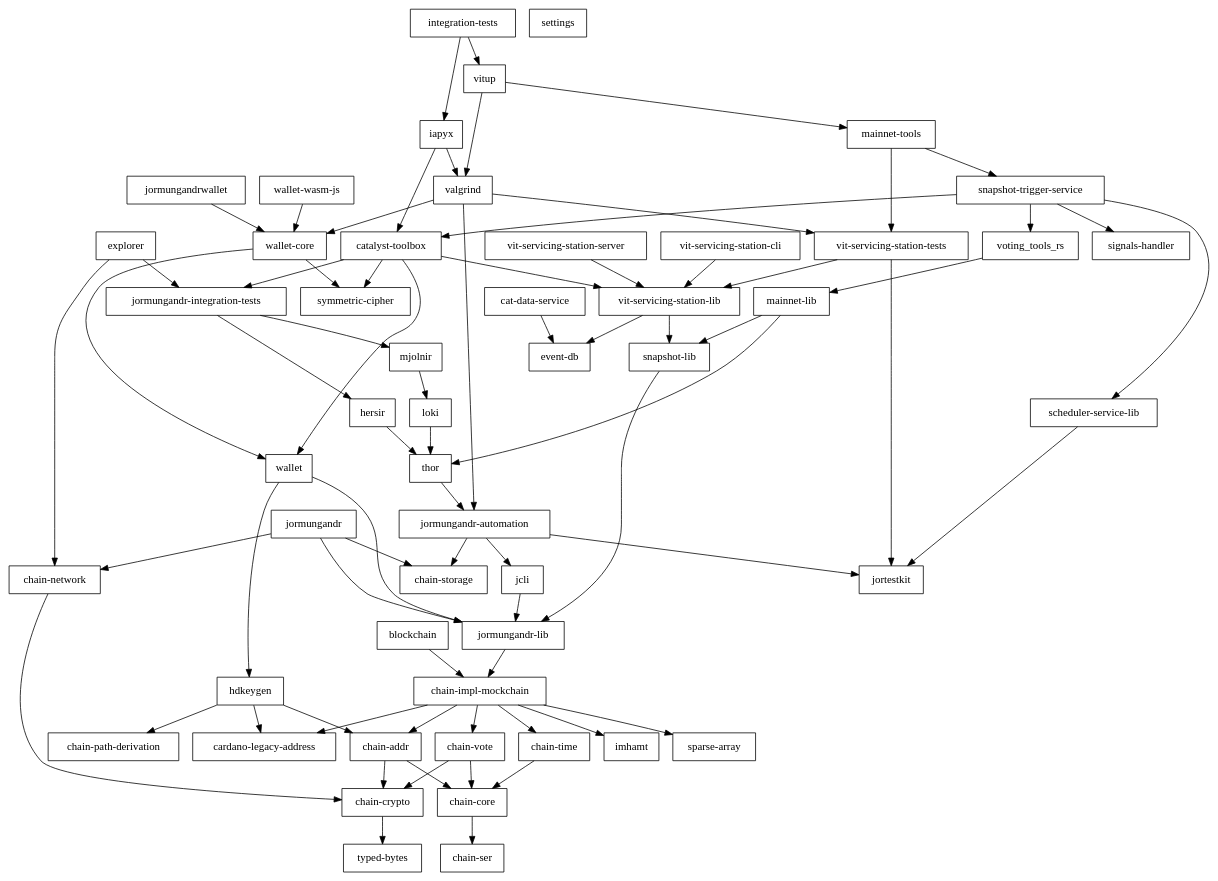
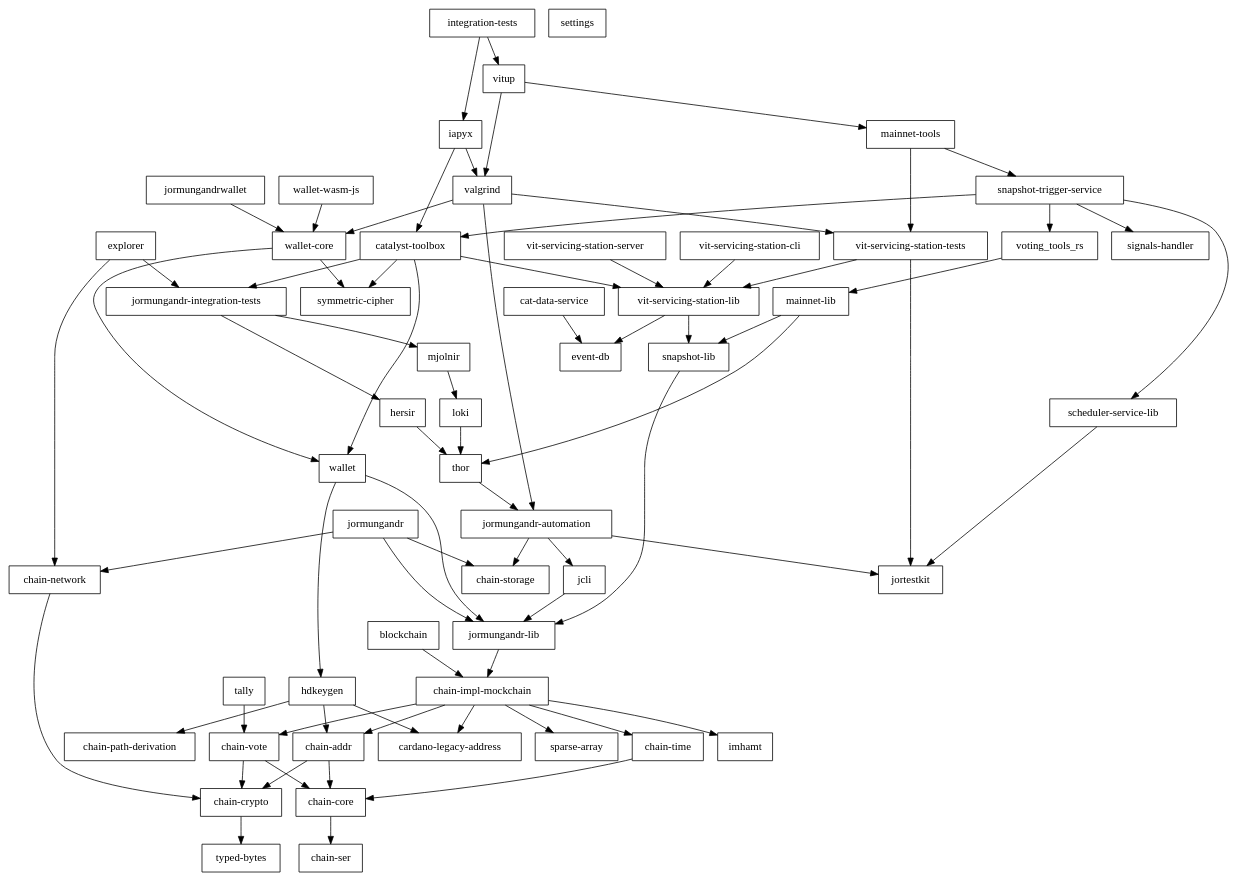
The diagram in main/06_rust_api/rust/doc/workspace.depgraph.dot (input-output-hk/catalyst-core), drawn with Graphviz before and after one commit. The commit also changed 1130 other files, not shown here.

```diff
--- a/main/06_rust_api/rust/doc/workspace.depgraph.dot
+++ b/main/06_rust_api/rust/doc/workspace.depgraph.dot
@@ -1,124 +1,126 @@
 digraph {
     0 [ label = "catalyst-toolbox" shape = box]
     1 [ label = "chain-addr" shape = box]
     2 [ label = "chain-core" shape = box]
     3 [ label = "chain-ser" shape = box]
     4 [ label = "chain-crypto" shape = box]
     5 [ label = "typed-bytes" shape = box]
     6 [ label = "chain-impl-mockchain" shape = box]
     7 [ label = "cardano-legacy-address" shape = box]
     8 [ label = "chain-time" shape = box]
     9 [ label = "chain-vote" shape = box]
     10 [ label = "imhamt" shape = box]
     11 [ label = "sparse-array" shape = box]
     12 [ label = "chain-storage" shape = box]
     13 [ label = "jcli" shape = box]
     14 [ label = "jormungandr-lib" shape = box]
     15 [ label = "jormungandr-automation" shape = box]
     16 [ label = "jortestkit" shape = box]
     17 [ label = "jormungandr-integration-tests" shape = box]
     18 [ label = "hersir" shape = box]
     19 [ label = "thor" shape = box]
     20 [ label = "loki" shape = box]
     21 [ label = "mjolnir" shape = box]
     22 [ label = "snapshot-lib" shape = box]
     23 [ label = "symmetric-cipher" shape = box]
     24 [ label = "vit-servicing-station-lib" shape = box]
     25 [ label = "event-db" shape = box]
     26 [ label = "vit-servicing-station-tests" shape = box]
     27 [ label = "wallet" shape = box]
     28 [ label = "chain-path-derivation" shape = box]
     29 [ label = "hdkeygen" shape = box]
     30 [ label = "chain-network" shape = box]
     31 [ label = "jormungandrwallet" shape = box]
     32 [ label = "wallet-core" shape = box]
     33 [ label = "wallet-wasm-js" shape = box]
     34 [ label = "jormungandr" shape = box]
     35 [ label = "explorer" shape = box]
     36 [ label = "settings" shape = box]
     37 [ label = "blockchain" shape = box]
     38 [ label = "vit-servicing-station-cli" shape = box]
     39 [ label = "vit-servicing-station-server" shape = box]
     40 [ label = "iapyx" shape = box]
     41 [ label = "valgrind" shape = box]
     42 [ label = "vitup" shape = box]
     43 [ label = "mainnet-lib" shape = box]
     44 [ label = "mainnet-tools" shape = box]
     45 [ label = "scheduler-service-lib" shape = box]
     46 [ label = "signals-handler" shape = box]
     47 [ label = "snapshot-trigger-service" shape = box]
     48 [ label = "voting_tools_rs" shape = box]
     49 [ label = "integration-tests" shape = box]
     50 [ label = "cat-data-service" shape = box]
+    51 [ label = "tally" shape = box]
     0 -> 17 [ ]
     0 -> 23 [ ]
     0 -> 24 [ ]
     0 -> 27 [ ]
     1 -> 2 [ ]
     1 -> 4 [ ]
     2 -> 3 [ ]
     4 -> 5 [ ]
     6 -> 7 [ ]
     6 -> 1 [ ]
     6 -> 8 [ ]
     6 -> 9 [ ]
     6 -> 10 [ ]
     6 -> 11 [ ]
     8 -> 2 [ ]
     9 -> 2 [ ]
     9 -> 4 [ ]
     13 -> 14 [ ]
     14 -> 6 [ ]
     15 -> 12 [ ]
     15 -> 13 [ ]
     15 -> 16 [ ]
     17 -> 18 [ ]
     17 -> 21 [ ]
     18 -> 19 [ ]
     19 -> 15 [ ]
     20 -> 19 [ ]
     21 -> 20 [ ]
     22 -> 14 [ ]
     24 -> 25 [ ]
     24 -> 22 [ ]
     26 -> 16 [ ]
     26 -> 24 [ ]
     27 -> 29 [ ]
     27 -> 14 [ ]
     29 -> 7 [ ]
     29 -> 1 [ ]
     29 -> 28 [ ]
     30 -> 4 [ ]
     31 -> 32 [ ]
     32 -> 23 [ ]
     32 -> 27 [ ]
     33 -> 32 [ ]
     34 -> 30 [ ]
     34 -> 12 [ ]
     34 -> 14 [ ]
     35 -> 30 [ ]
     35 -> 17 [ ]
     37 -> 6 [ ]
     38 -> 24 [ ]
     39 -> 24 [ ]
     40 -> 0 [ ]
     40 -> 41 [ ]
     41 -> 15 [ ]
     41 -> 26 [ ]
     41 -> 32 [ ]
     42 -> 44 [ ]
     42 -> 41 [ ]
     43 -> 22 [ ]
     43 -> 19 [ ]
     44 -> 47 [ ]
     44 -> 26 [ ]
     45 -> 16 [ ]
     47 -> 0 [ ]
     47 -> 45 [ ]
     47 -> 46 [ ]
     47 -> 48 [ ]
     48 -> 43 [ ]
     49 -> 40 [ ]
     49 -> 42 [ ]
     50 -> 25 [ ]
+    51 -> 9 [ ]
 }
```
